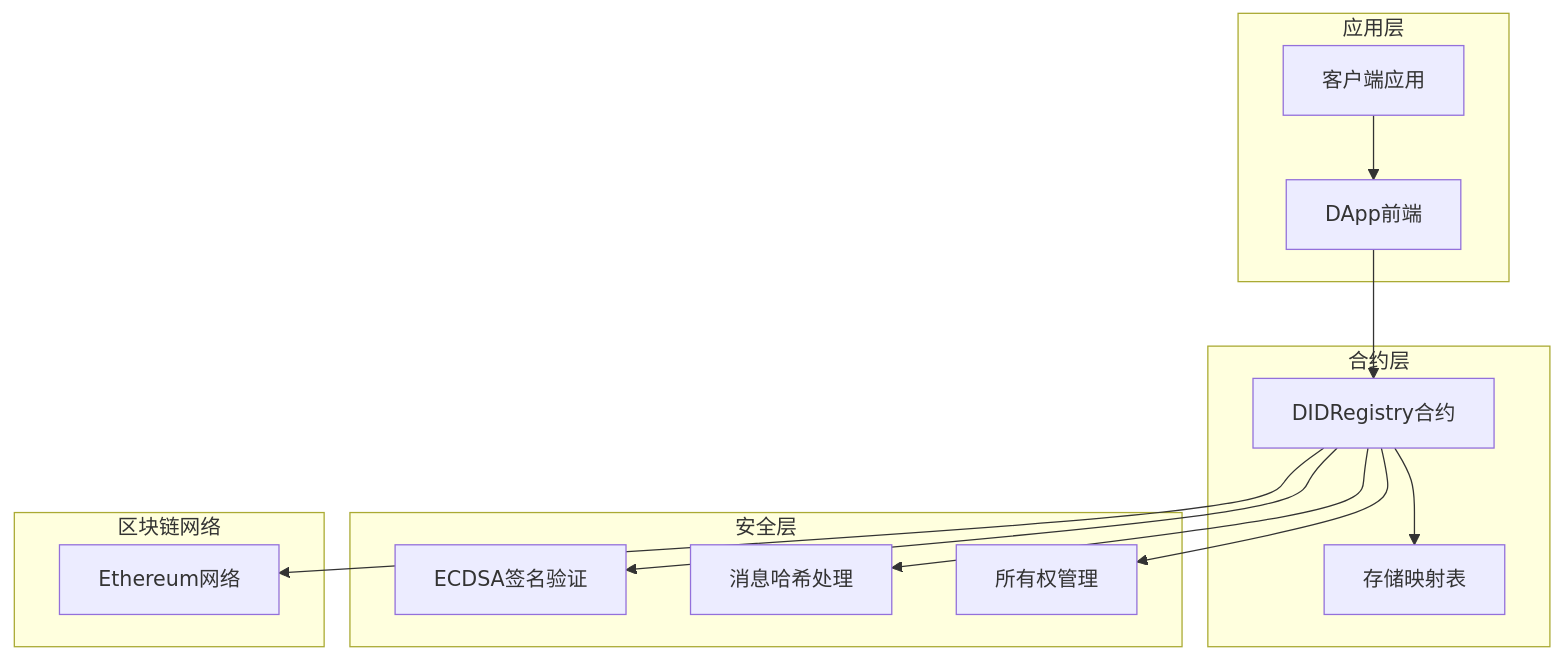
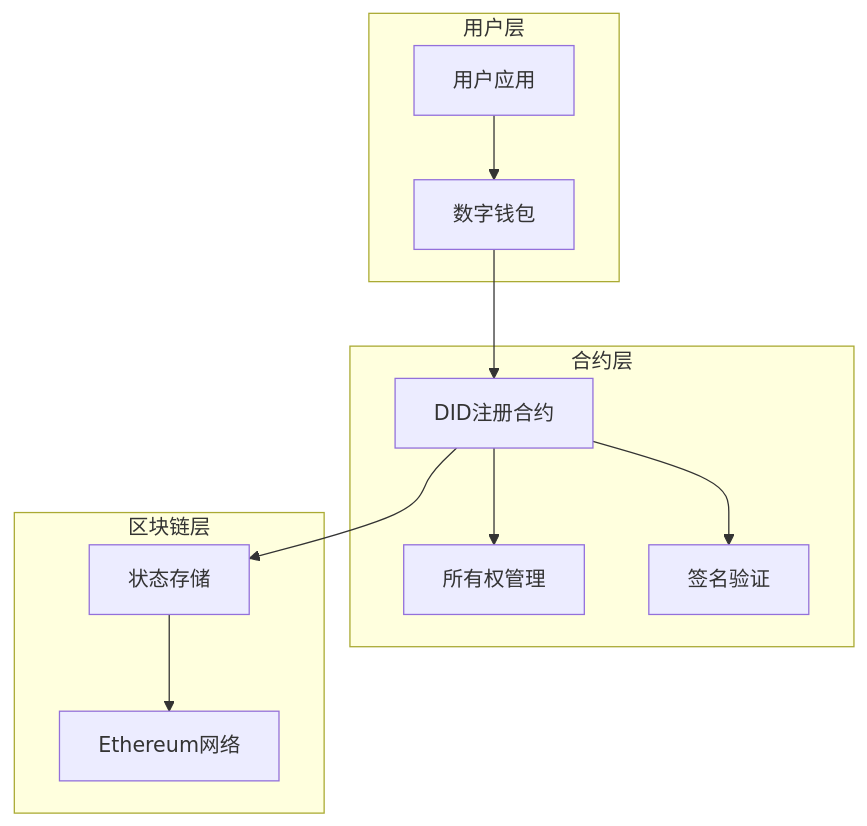
Before and after one commit to SimonHofman/PredictionDIDSimple: the third of 7 diagrams in contracts/.qoder/repowiki/zh/content/API参考/DID注册API.md, drawn with Mermaid. The commit also changed other lines of this file and 162 other files, not shown here.

````diff
--- a/contracts/.qoder/repowiki/zh/content/API参考/DID注册API.md
+++ b/contracts/.qoder/repowiki/zh/content/API参考/DID注册API.md
@@ -113,26 +117,22 @@
 ```mermaid
-graph TB
-subgraph "应用层"
-Client[客户端应用]
-DApp[DApp前端]
+graph TD
+subgraph "用户层"
+User[用户应用]
+Wallet[数字钱包]
 end
 subgraph "合约层"
-DIDRegistry[DIDRegistry合约]
-Storage[存储映射表]
+DIDRegistry[DID注册合约]
+Ownable[所有权管理]
+ECDSA[签名验证]
 end
-subgraph "安全层"
-ECDSA[ECDSA签名验证]
-MessageHashUtils[消息哈希处理]
-Ownable[所有权管理]
+subgraph "区块链层"
+Ethereum[Ethereum网络]
+Storage[状态存储]
 end
-subgraph "区块链网络"
-Ethereum[Ethereum网络]
-end
-Client --> DApp
-DApp --> DIDRegistry
+User --> Wallet
+Wallet --> DIDRegistry
+DIDRegistry --> Ownable
+DIDRegistry --> ECDSA
 DIDRegistry --> Storage
-DIDRegistry --> ECDSA
-DIDRegistry --> MessageHashUtils
-DIDRegistry --> Ownable
-DIDRegistry --> Ethereum
+Storage --> Ethereum
 ```
````
